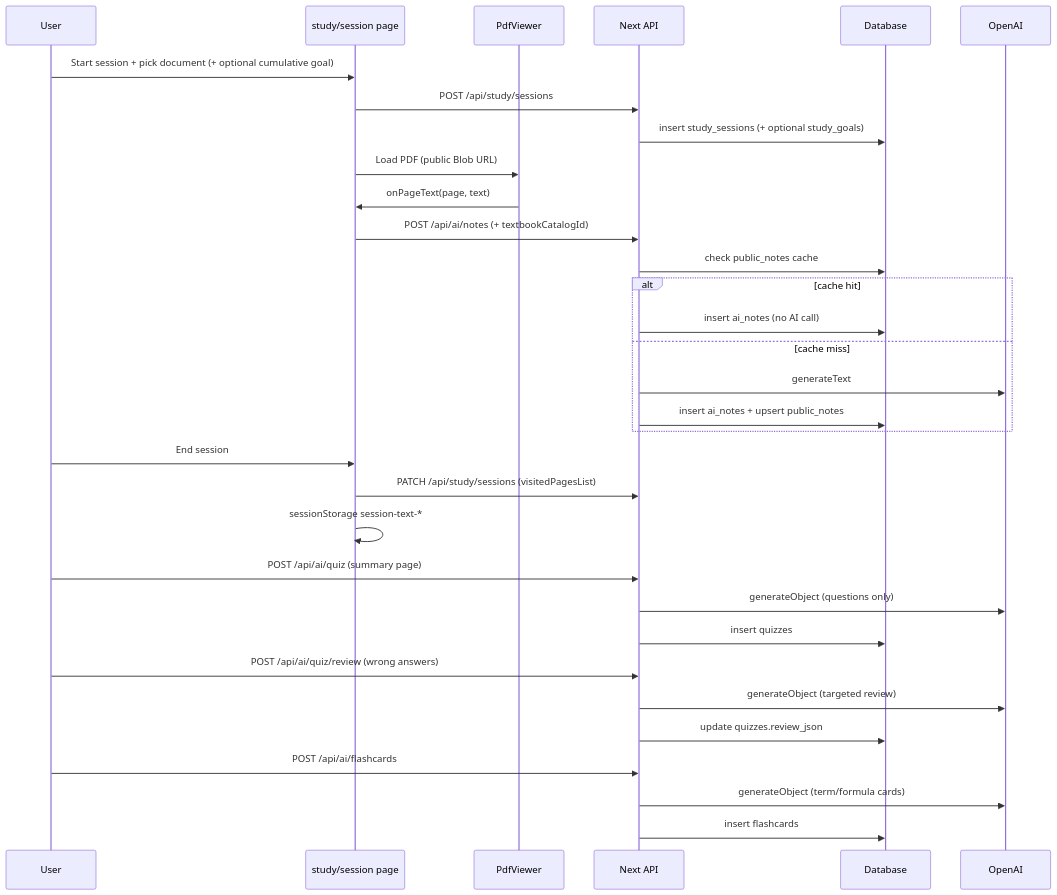
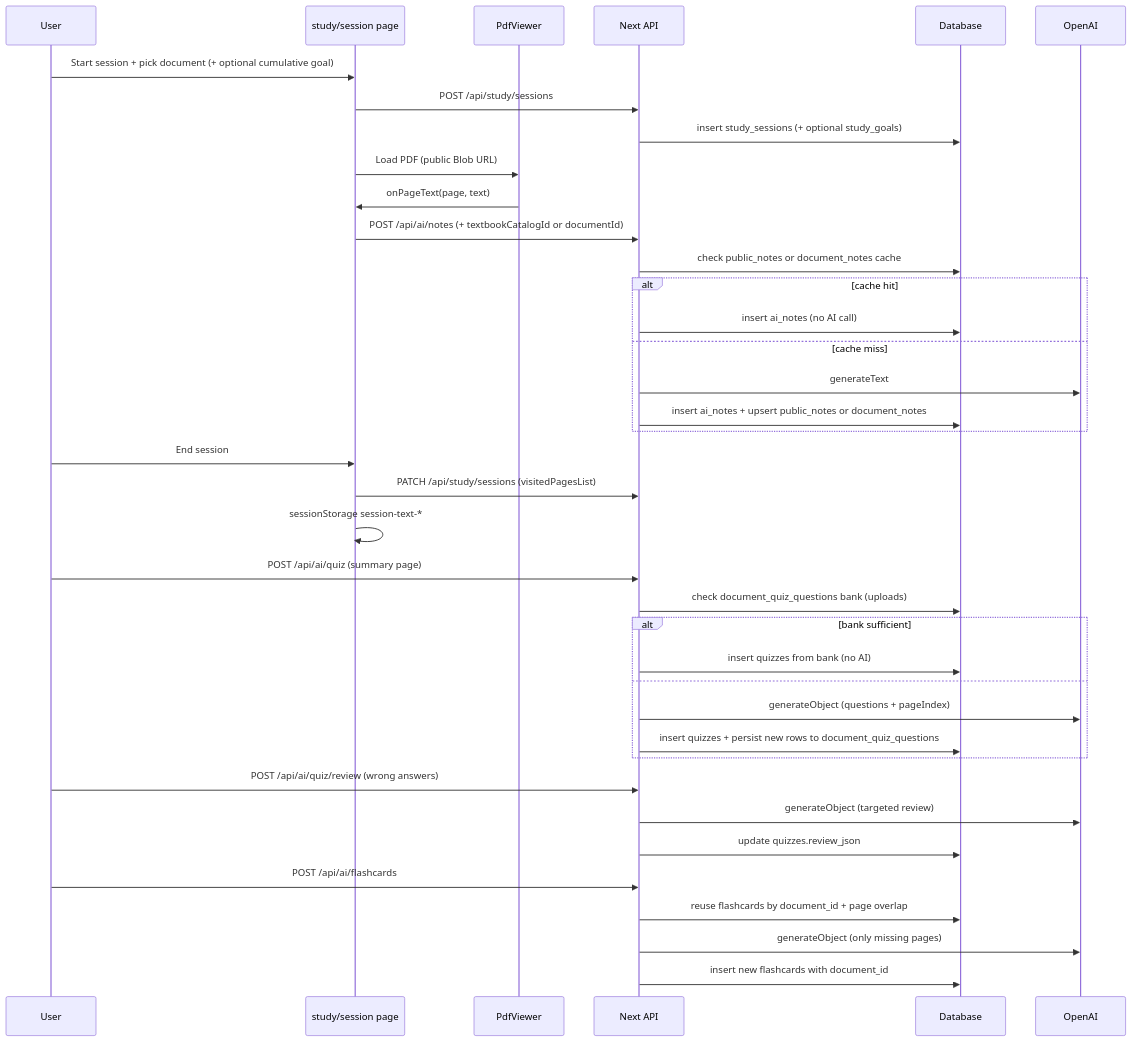
The second of 2 diagrams in docs/ARCHITECTURE.md (DragxnScale/idk), drawn with Mermaid before and after one commit. The commit also changed other lines of this file and 17 other files, not shown here.

First line of the commit message:
Add document AI cache, admin content moderation, and quiz item pagination.

````diff
--- a/docs/ARCHITECTURE.md
+++ b/docs/ARCHITECTURE.md
@@ -701,35 +735,41 @@
 ```mermaid
 sequenceDiagram
   participant U as User
   participant SP as study/session page
   participant PV as PdfViewer
   participant API as Next API
   participant DB as Database
   participant AI as OpenAI
 
   U->>SP: Start session + pick document (+ optional cumulative goal)
   SP->>API: POST /api/study/sessions
   API->>DB: insert study_sessions (+ optional study_goals)
   SP->>PV: Load PDF (public Blob URL)
   PV->>SP: onPageText(page, text)
-  SP->>API: POST /api/ai/notes (+ textbookCatalogId)
-  API->>DB: check public_notes cache
+  SP->>API: POST /api/ai/notes (+ textbookCatalogId or documentId)
+  API->>DB: check public_notes or document_notes cache
   alt cache hit
     API->>DB: insert ai_notes (no AI call)
   else cache miss
     API->>AI: generateText
-    API->>DB: insert ai_notes + upsert public_notes
+    API->>DB: insert ai_notes + upsert public_notes or document_notes
   end
   U->>SP: End session
   SP->>API: PATCH /api/study/sessions (visitedPagesList)
   SP->>SP: sessionStorage session-text-*
   U->>API: POST /api/ai/quiz (summary page)
-  API->>AI: generateObject (questions only)
-  API->>DB: insert quizzes
+  API->>DB: check document_quiz_questions bank (uploads)
+  alt bank sufficient
+    API->>DB: insert quizzes from bank (no AI)
+  else
+    API->>AI: generateObject (questions + pageIndex)
+    API->>DB: insert quizzes + persist new rows to document_quiz_questions
+  end
   U->>API: POST /api/ai/quiz/review (wrong answers)
   API->>AI: generateObject (targeted review)
   API->>DB: update quizzes.review_json
   U->>API: POST /api/ai/flashcards
-  API->>AI: generateObject (term/formula cards)
-  API->>DB: insert flashcards
+  API->>DB: reuse flashcards by document_id + page overlap
+  API->>AI: generateObject (only missing pages)
+  API->>DB: insert new flashcards with document_id
 ```
````
